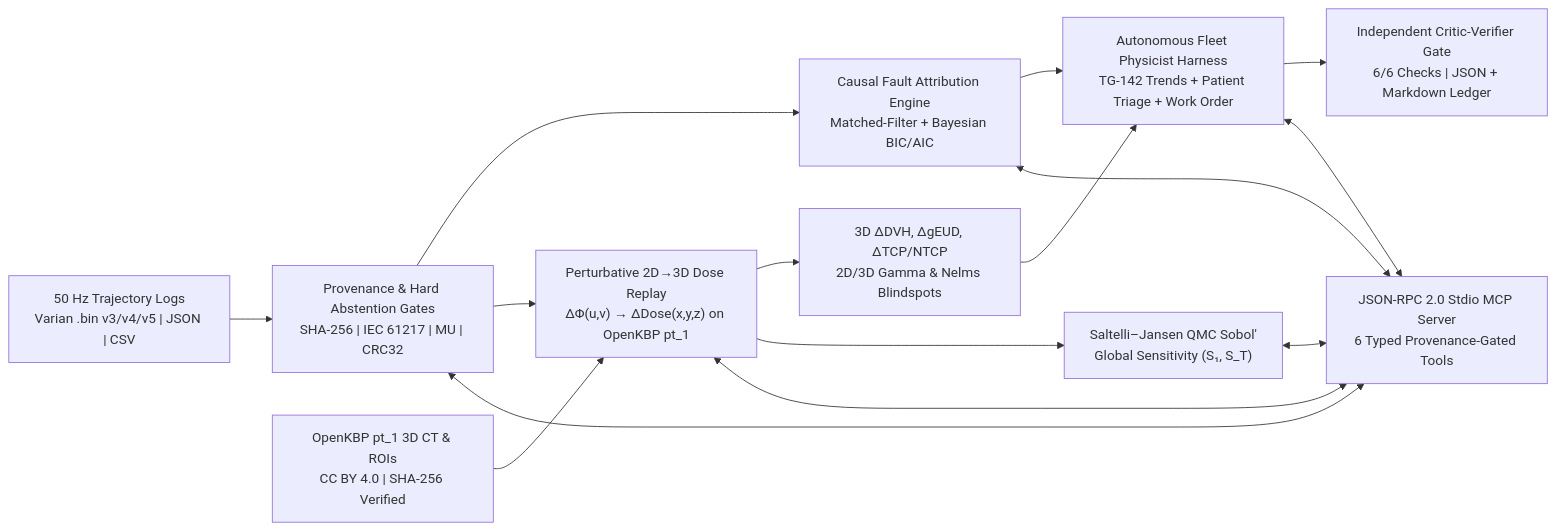
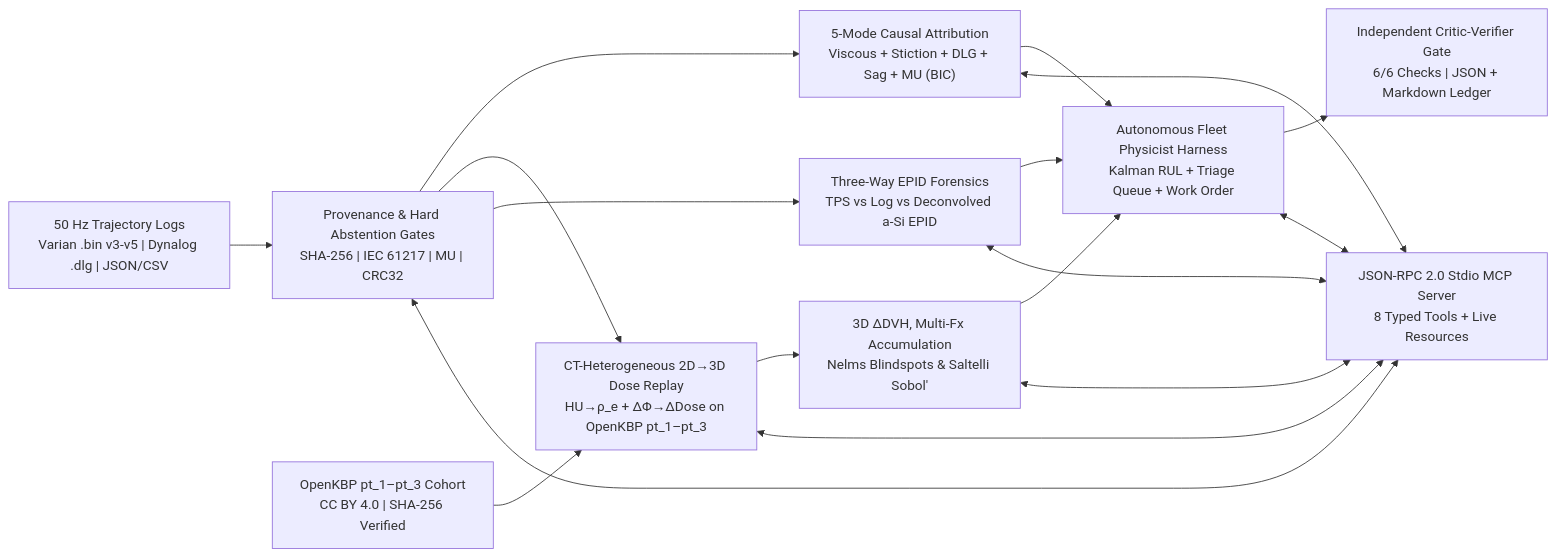
One commit to callmesobhan/linac-forensics changed the diagram in README.md. Above: the diagram before and after it, drawn with Mermaid. The commit also changed other lines of this file and 66 other files, not shown here.

Commit message:
feat(v0.2.0): CT heterogeneity, EPID 3-way forensics, Coulomb stiction, Dynalog .dlg, Kalman RUL, multi-fx & OpenKBP pt_1-pt_3

````diff
--- a/README.md
+++ b/README.md
@@ -35,13 +38,12 @@
 ```mermaid
 flowchart LR
-    A["50 Hz Trajectory Logs<br/>Varian .bin v3/v4/v5 | JSON | CSV"] --> B["Provenance & Hard Abstention Gates<br/>SHA-256 | IEC 61217 | MU | CRC32"]
-    B --> C["Causal Fault Attribution Engine<br/>Matched-Filter + Bayesian BIC/AIC"]
-    B --> D["Perturbative 2D→3D Dose Replay<br/>ΔΦ(u,v) → ΔDose(x,y,z) on OpenKBP pt_1"]
-    E["OpenKBP pt_1 3D CT & ROIs<br/>CC BY 4.0 | SHA-256 Verified"] --> D
-    D --> F["3D ΔDVH, ΔgEUD, ΔTCP/NTCP<br/>2D/3D Gamma & Nelms Blindspots"]
-    D --> G["Saltelli–Jansen QMC Sobol'<br/>Global Sensitivity (S₁, S_T)"]
-    C --> H["Autonomous Fleet Physicist Harness<br/>TG-142 Trends + Patient Triage + Work Order"]
-    F --> H
+    A["50 Hz Trajectory Logs<br/>Varian .bin v3-v5 | Dynalog .dlg | JSON/CSV"] --> B["Provenance & Hard Abstention Gates<br/>SHA-256 | IEC 61217 | MU | CRC32"]
+    B --> C["5-Mode Causal Attribution<br/>Viscous + Stiction + DLG + Sag + MU (BIC)"]
+    B --> D["CT-Heterogeneous 2D→3D Dose Replay<br/>HU→ρ_e + ΔΦ→ΔDose on OpenKBP pt_1–pt_3"]
+    B --> E["Three-Way EPID Forensics<br/>TPS vs Log vs Deconvolved a-Si EPID"]
+    F["OpenKBP pt_1–pt_3 Cohort<br/>CC BY 4.0 | SHA-256 Verified"] --> D
+    D --> G["3D ΔDVH, Multi-Fx Accumulation<br/>Nelms Blindspots & Saltelli Sobol'"]
+    C & E & G --> H["Autonomous Fleet Physicist Harness<br/>Kalman RUL + Triage Queue + Work Order"]
     H --> I["Independent Critic-Verifier Gate<br/>6/6 Checks | JSON + Markdown Ledger"]
-    B & C & D & G & H <--> J["JSON-RPC 2.0 Stdio MCP Server<br/>6 Typed Provenance-Gated Tools"]
+    B & C & D & E & G & H <--> J["JSON-RPC 2.0 Stdio MCP Server<br/>8 Typed Tools + Live Resources"]
 ```
````
